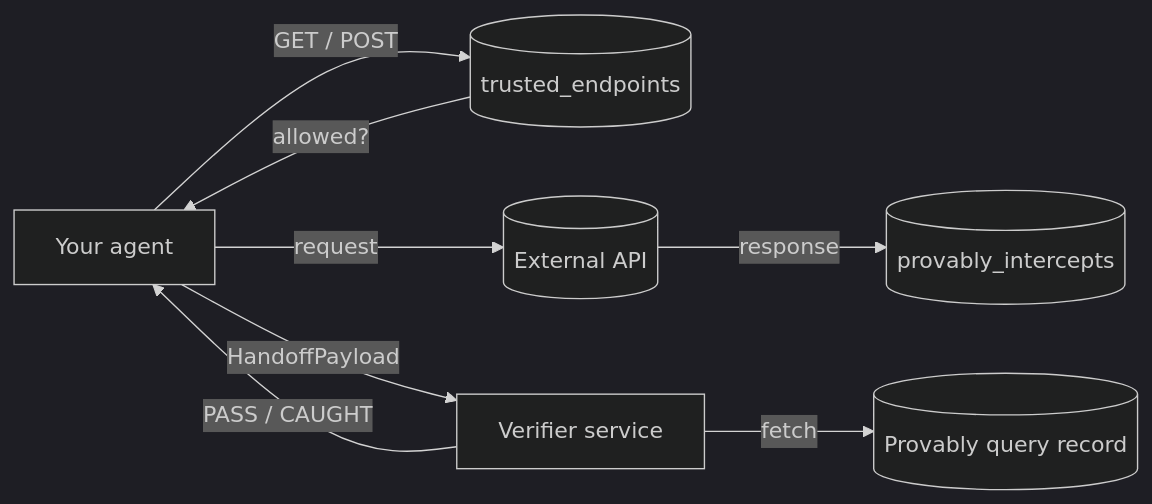
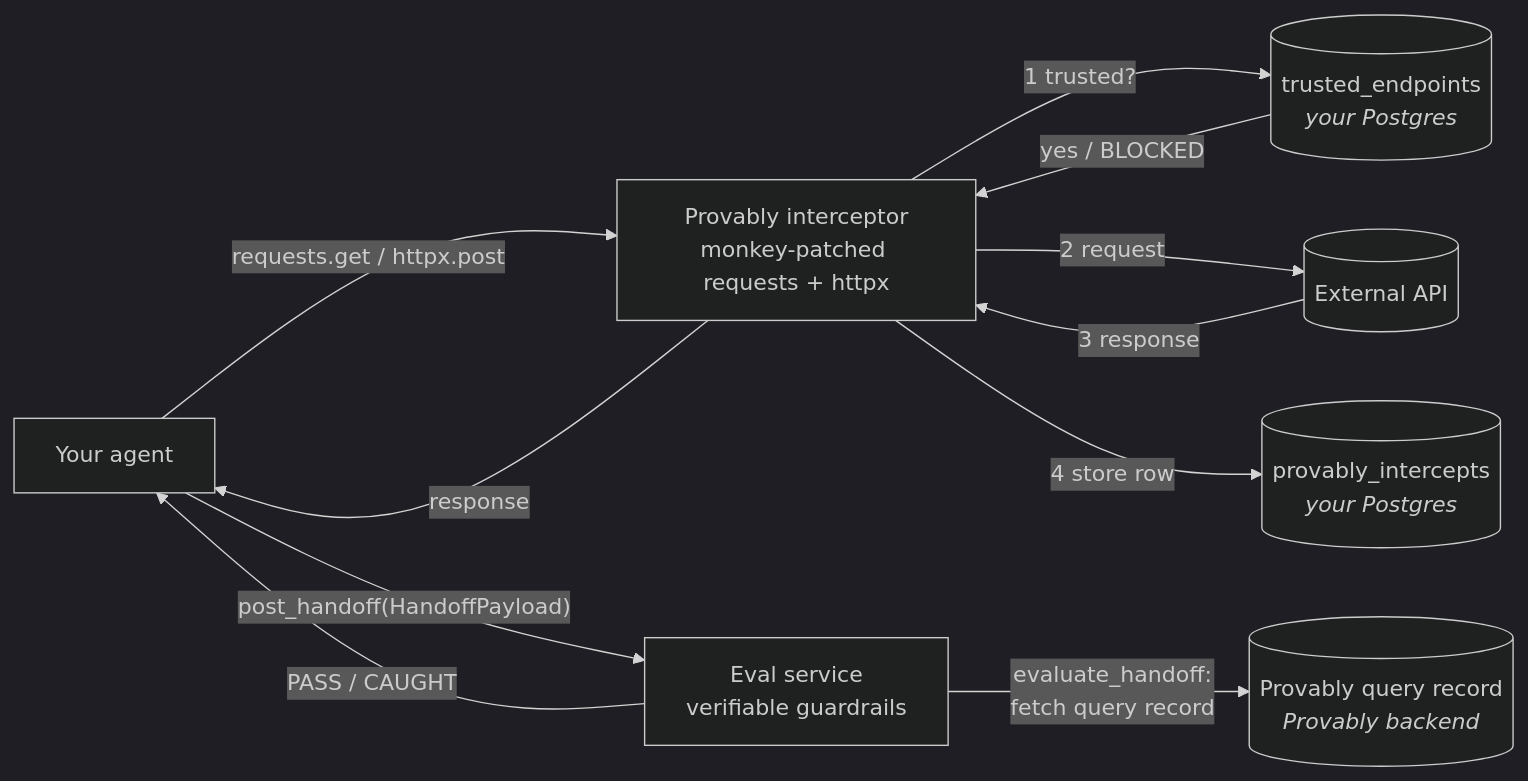
Before and after one commit to ProvablyAI/sourcerykit: the diagram in README.md, drawn with Mermaid (dark theme). The commit also changed other lines of this file and 5 other files, not shown here.

Commit message:
docs: correct flow diagram, eval vs verify naming, and PyPI status

````diff
--- a/README.md
+++ b/README.md
@@ -38,17 +39,21 @@
 ```mermaid
 flowchart LR
   agent[Your agent]
-  reg[(trusted_endpoints)]
+  patch[Provably interceptor<br/>monkey-patched requests + httpx]
+  reg[("trusted_endpoints<br/><i>your Postgres</i>")]
   ext[(External API)]
-  store[(provably_intercepts)]
-  b[Verifier service]
-  rec[(Provably query record)]
+  store[("provably_intercepts<br/><i>your Postgres</i>")]
+  eval[Eval service<br/>verifiable guardrails]
+  rec[("Provably query record<br/><i>Provably backend</i>")]
 
-  agent -- "GET / POST" --> reg
-  reg -- "allowed?" --> agent
-  agent -- "request" --> ext
-  ext -- "response" --> store
-  agent -- "HandoffPayload" --> b
-  b -- "fetch" --> rec
-  b -- "PASS / CAUGHT" --> agent
+  agent -- "requests.get / httpx.post" --> patch
+  patch -- "1 trusted?" --> reg
+  reg -- "yes / BLOCKED" --> patch
+  patch -- "2 request" --> ext
+  ext -- "3 response" --> patch
+  patch -- "4 store row" --> store
+  patch -- "response" --> agent
+  agent -- "post_handoff(HandoffPayload)" --> eval
+  eval -- "evaluate_handoff:<br/>fetch query record" --> rec
+  eval -- "PASS / CAUGHT" --> agent
 ```
````
